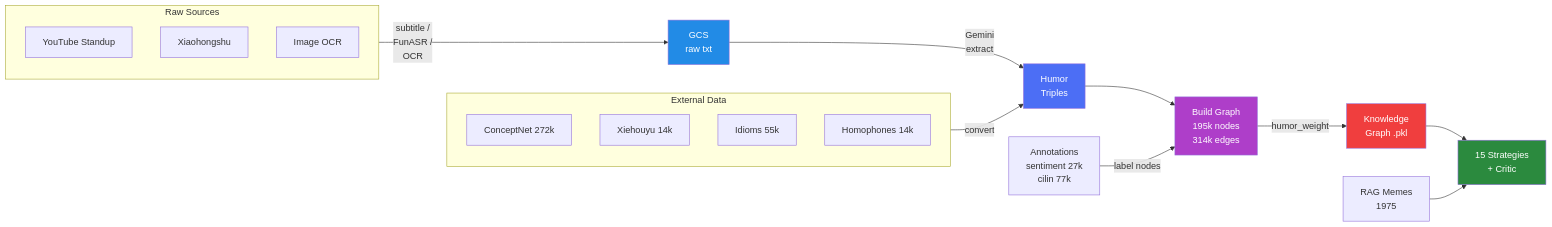
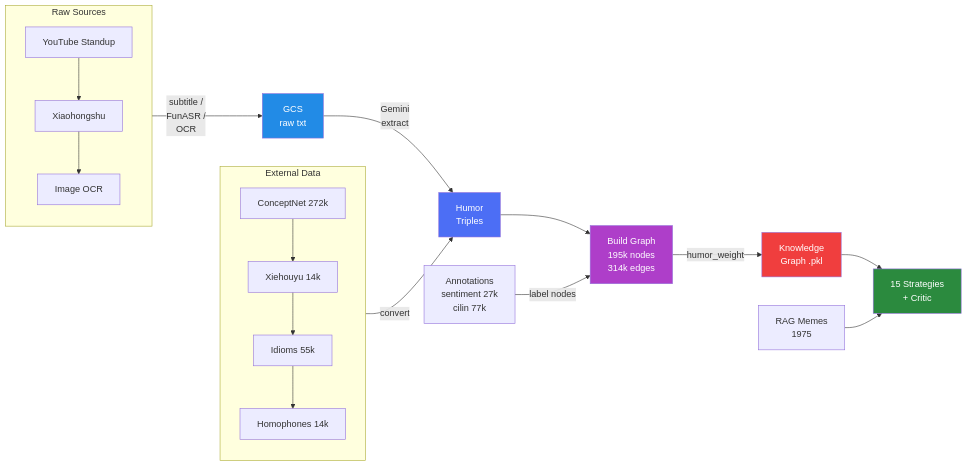
One commit to echo-xiao/humor_generator changed the fourth of 7 diagrams in docs/diagrams.md. Above: the diagram before and after it, drawn with Mermaid.

Commit message:
docs: make data flow subgraph items stack vertically

````diff
--- a/docs/diagrams.md
+++ b/docs/diagrams.md
@@ -148,35 +148,30 @@
 ```mermaid
 graph LR
     subgraph SRC["Raw Sources"]
-        S1["YouTube Standup"]
-        S2["Xiaohongshu"]
-        S3["Image OCR"]
+        S1["YouTube Standup"] --> S2["Xiaohongshu"] --> S3["Image OCR"]
     end
 
     subgraph EXT["External Data"]
-        E1["ConceptNet 272k"]
-        E2["Xiehouyu 14k"]
-        E3["Idioms 55k"]
-        E4["Homophones 14k"]
+        E1["ConceptNet 272k"] --> E2["Xiehouyu 14k"] --> E3["Idioms 55k"] --> E4["Homophones 14k"]
     end
 
     SRC -->|"subtitle /<br/>FunASR /<br/>OCR"| GCS["GCS<br/>raw txt"]
     GCS -->|"Gemini<br/>extract"| TRIP["Humor<br/>Triples"]
 
     EXT -->|"convert"| TRIP
 
     TRIP --> BUILD["Build Graph<br/>195k nodes<br/>314k edges"]
 
     ANN["Annotations<br/>sentiment 27k<br/>cilin 77k"] -->|"label nodes"| BUILD
 
     BUILD -->|"humor_weight"| PKL["Knowledge<br/>Graph .pkl"]
 
     PKL --> RUN["15 Strategies<br/>+ Critic"]
     MEME["RAG Memes<br/>1975"] --> RUN
 
     style GCS fill:#228be6,color:#fff
     style TRIP fill:#4c6ef5,color:#fff
     style BUILD fill:#ae3ec9,color:#fff
     style PKL fill:#f03e3e,color:#fff
     style RUN fill:#2b8a3e,color:#fff
 ```
````
